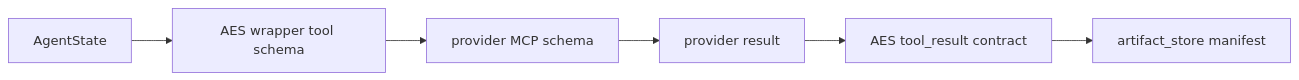
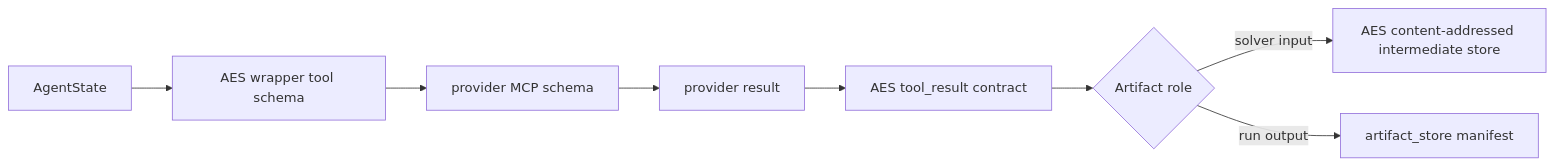
One commit to RadmirG/AES changed the fourth of 5 diagrams in mcp/architecture.md. Above: the diagram before and after it, drawn with Mermaid. The commit also changed other lines of this file and 20 other files, not shown here.

````diff
--- a/mcp/architecture.md
+++ b/mcp/architecture.md
@@ -118,8 +118,10 @@
 ```mermaid
 flowchart LR
     A["AgentState"] --> B["AES wrapper tool schema"]
     B --> C["provider MCP schema"]
     C --> D["provider result"]
     D --> E["AES tool_result contract"]
-    E --> F["artifact_store manifest"]
+    E --> F{"Artifact role"}
+    F -->|solver input| G["AES content-addressed intermediate store"]
+    F -->|run output| H["artifact_store manifest"]
 ```
````
